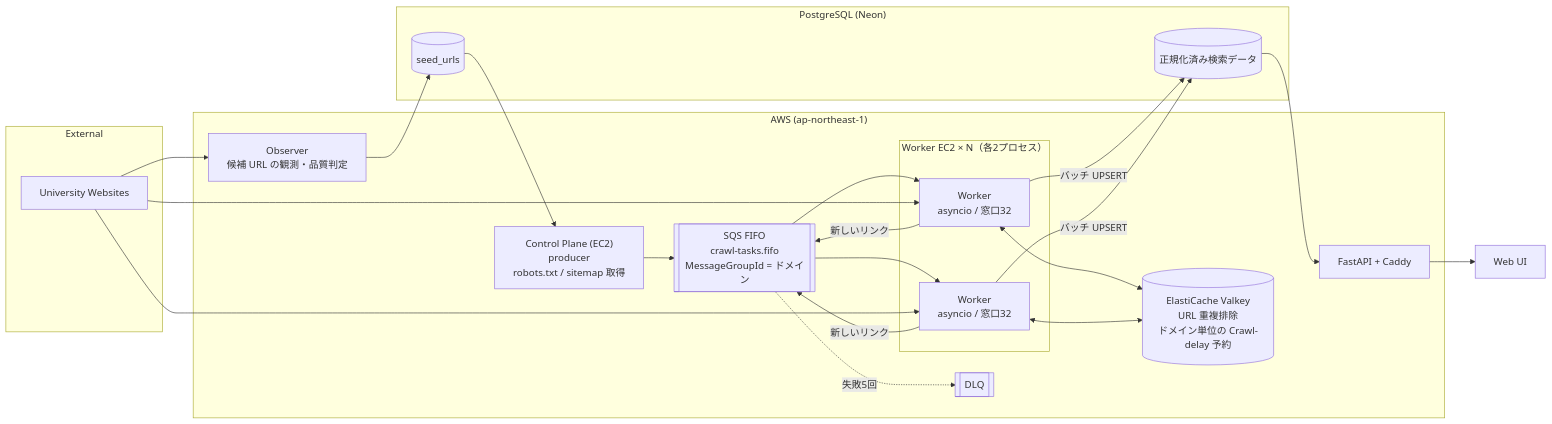
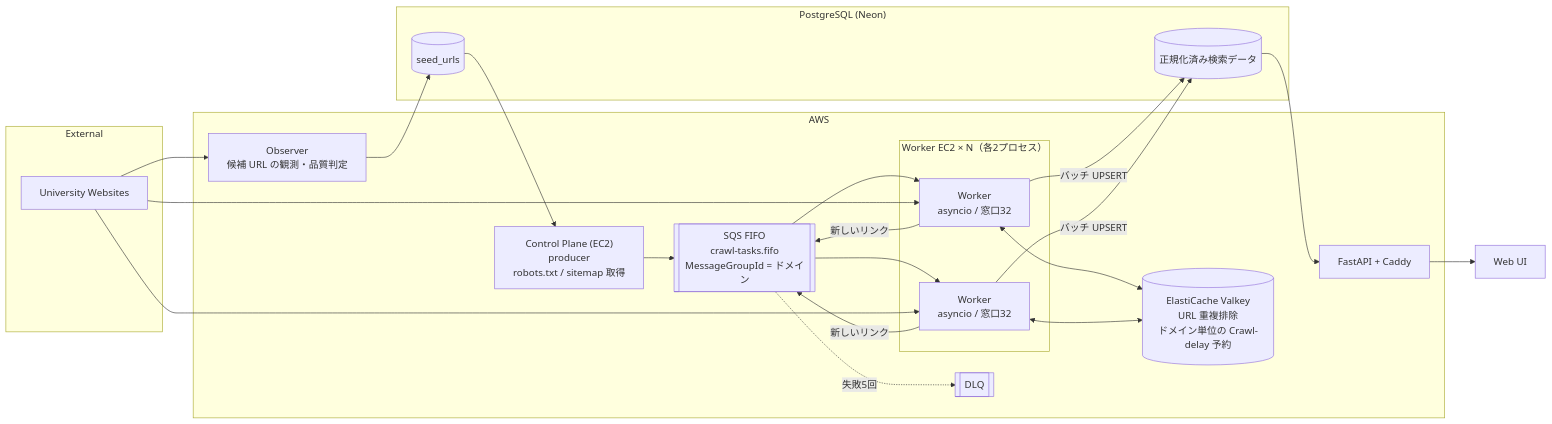
The diagram in README.md (undercoat-F/UniversityComparisonSite), drawn with Mermaid before and after one commit. The commit also changed other lines of this file, not shown here.

````diff
--- a/README.md
+++ b/README.md
@@ -44,36 +44,36 @@
 ```mermaid
 flowchart LR
     subgraph Internet["External"]
         Web["University Websites"]
     end
 
-    subgraph AWS["AWS (ap-northeast-1)"]
+    subgraph AWS["AWS"]
         Observer["Observer<br/>候補 URL の観測・品質判定"]
         CP["Control Plane (EC2)<br/>producer<br/>robots.txt / sitemap 取得"]
         SQS[["SQS FIFO<br/>crawl-tasks.fifo<br/>MessageGroupId = ドメイン"]]
         DLQ[["DLQ"]]
         subgraph Workers["Worker EC2 × N（各2プロセス）"]
             W1["Worker<br/>asyncio / 窓口32"]
             W2["Worker<br/>asyncio / 窓口32"]
         end
         Valkey[("ElastiCache Valkey<br/>URL 重複排除<br/>ドメイン単位の Crawl-delay 予約")]
         API["FastAPI + Caddy"]
     end
 
     subgraph Neon["PostgreSQL (Neon)"]
         Seeds[("seed_urls")]
         Search[("正規化済み検索データ")]
     end
 
     UI["Web UI"]
 
     Web --> Observer --> Seeds
     Seeds --> CP --> SQS
     SQS --> W1 & W2
     SQS -. 失敗5回 .-> DLQ
     W1 & W2 <--> Valkey
     W1 & W2 -- 新しいリンク --> SQS
     Web --> W1 & W2
     W1 & W2 -- バッチ UPSERT --> Search
     Search --> API --> UI
 ```
````
